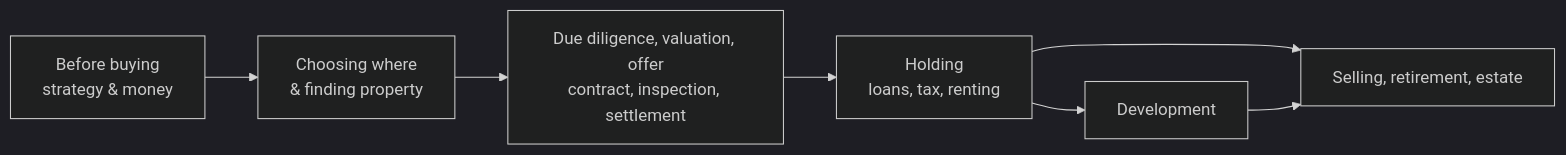
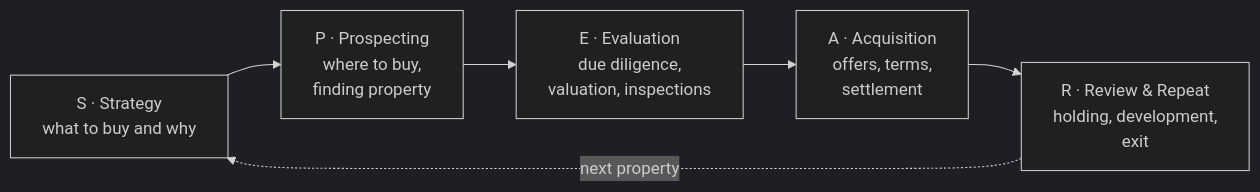
Before and after one commit to theshuailuo/aus-property-skills: the diagram in README.en.md, drawn with Mermaid (dark theme). The commit also changed other lines of this file and 6 other files, not shown here.

First line of the commit message:
docs: SPEAR flow, English CTA, channel link, fuller trademark list

````diff
--- a/README.en.md
+++ b/README.en.md
@@ -13,9 +15,8 @@
 ```mermaid
 flowchart LR
-  A[Before buying<br/>strategy & money] --> B[Choosing where<br/>& finding property]
-  B --> C[Due diligence, valuation, offer<br/>contract, inspection, settlement]
-  C --> D[Holding<br/>loans, tax, renting]
-  D --> E[Development]
-  D --> F[Selling, retirement, estate]
-  E --> F
+  S["S · Strategy<br/>what to buy and why"] --> P["P · Prospecting<br/>where to buy,<br/>finding property"]
+  P --> E["E · Evaluation<br/>due diligence,<br/>valuation, inspections"]
+  E --> A["A · Acquisition<br/>offers, terms,<br/>settlement"]
+  A --> R["R · Review & Repeat<br/>holding, development,<br/>exit"]
+  R -. next property .-> S
 ```
````
